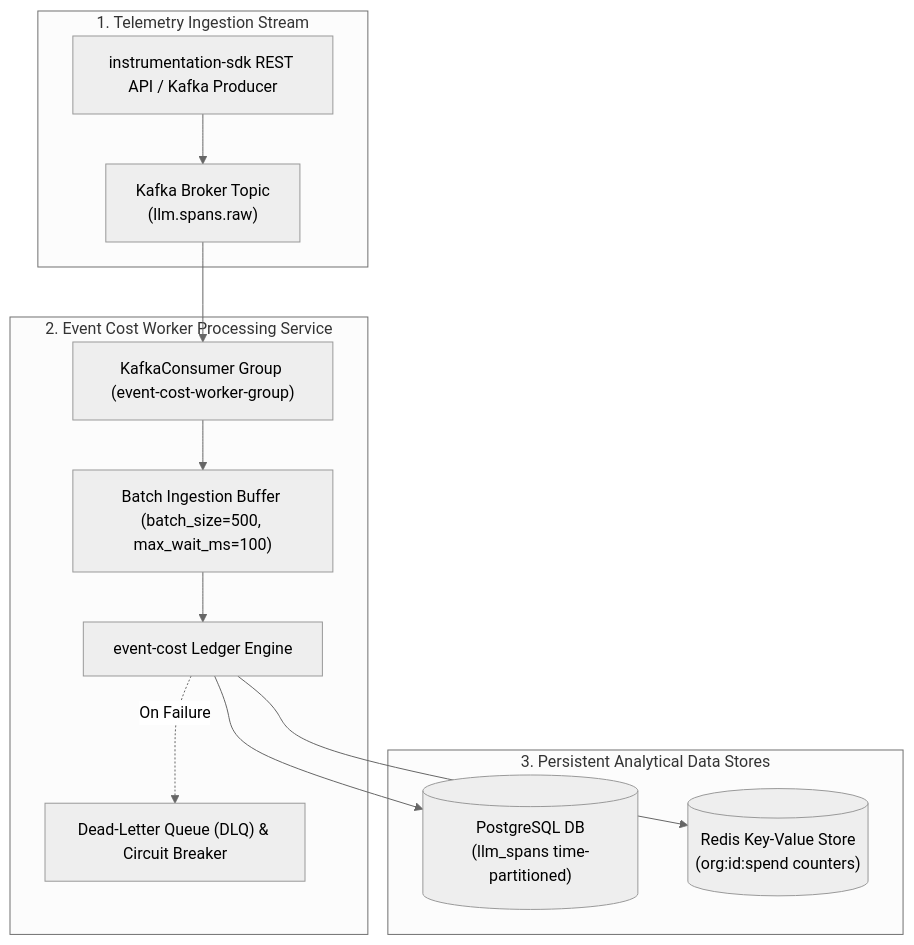
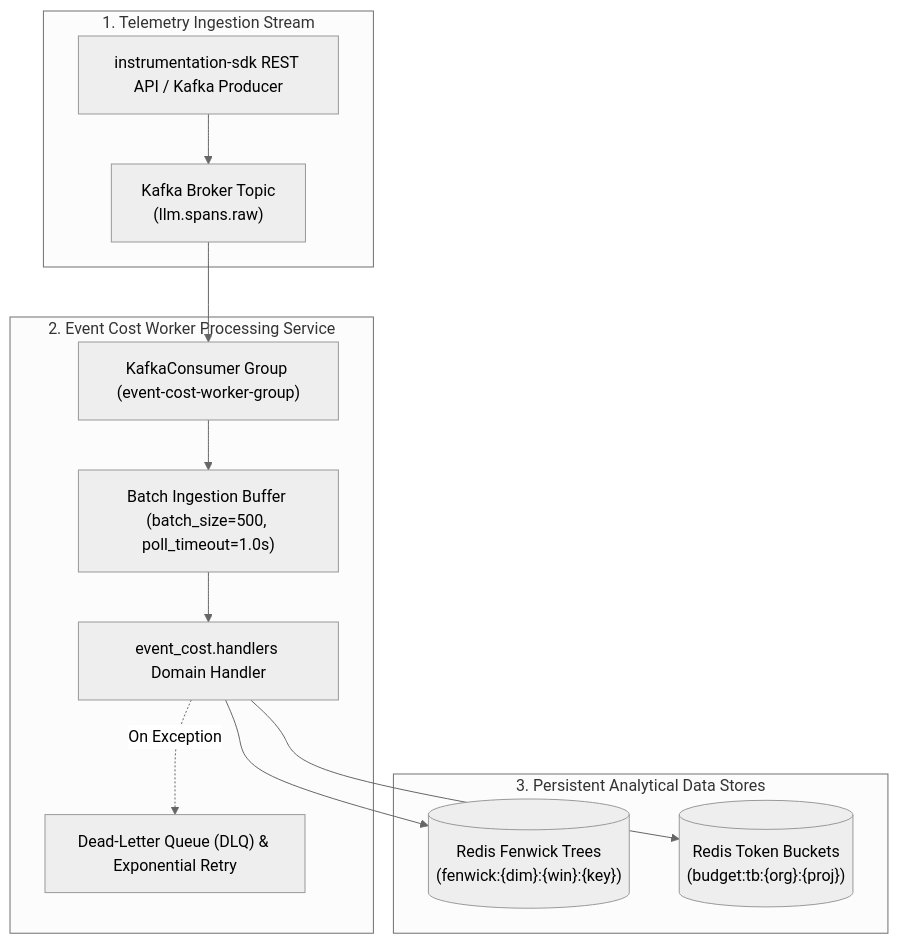
The first of 3 diagrams in packages/python/event-cost/adr/0002-asynchronous-kafka-event-cost-processing-and-persistence.md (Chief-Strategist-J/llm-observability-platform), drawn with Mermaid (neutral theme) before and after one commit. The commit also changed other lines of this file and 86 other files, not shown here.

Commit message:
feat(event-cost): merge event-cost-worker into event-cost package and align with package-structure.md

````diff
--- a/packages/python/event-cost/adr/0002-asynchronous-kafka-event-cost-processing-and-persistence.md
+++ b/packages/python/event-cost/adr/0002-asynchronous-kafka-event-cost-processing-and-persistence.md
@@ -28,28 +28,28 @@
 ```mermaid
 flowchart TD
     subgraph IngestionStream["1. Telemetry Ingestion Stream"]
         SDKApi["instrumentation-sdk REST API / Kafka Producer"]
         KafkaTopic["Kafka Broker Topic\n(llm.spans.raw)"]
         SDKApi --> KafkaTopic
     end
 
     subgraph WorkerService["2. Event Cost Worker Processing Service"]
         KafkaConsumer["KafkaConsumer Group (event-cost-worker-group)"]
-        BatchBuffer["Batch Ingestion Buffer (batch_size=500, max_wait_ms=100)"]
-        CostCalculator["event-cost Ledger Engine"]
-        RetryMechanism["Dead-Letter Queue (DLQ) & Circuit Breaker"]
+        BatchBuffer["Batch Ingestion Buffer (batch_size=500, poll_timeout=1.0s)"]
+        CostCalculator["event_cost.handlers Domain Handler"]
+        RetryMechanism["Dead-Letter Queue (DLQ) & Exponential Retry"]
 
         KafkaTopic --> KafkaConsumer
         KafkaConsumer --> BatchBuffer
         BatchBuffer --> CostCalculator
-        CostCalculator -.->|On Failure| RetryMechanism
+        CostCalculator -.->|On Exception| RetryMechanism
     end
 
     subgraph AnalyticalStores["3. Persistent Analytical Data Stores"]
-        PostgresPartition[("PostgreSQL DB\n(llm_spans time-partitioned)")]
-        RedisCounter[("Redis Key-Value Store\n(org:id:spend counters)")]
+        RedisFenwick[("Redis Fenwick Trees\n(fenwick:{dim}:{win}:{key})")]
+        RedisTokenBucket[("Redis Token Buckets\n(budget:tb:{org}:{proj})")]
 
-        CostCalculator --> PostgresPartition
-        CostCalculator --> RedisCounter
+        CostCalculator --> RedisFenwick
+        CostCalculator --> RedisTokenBucket
     end
 ```
````
